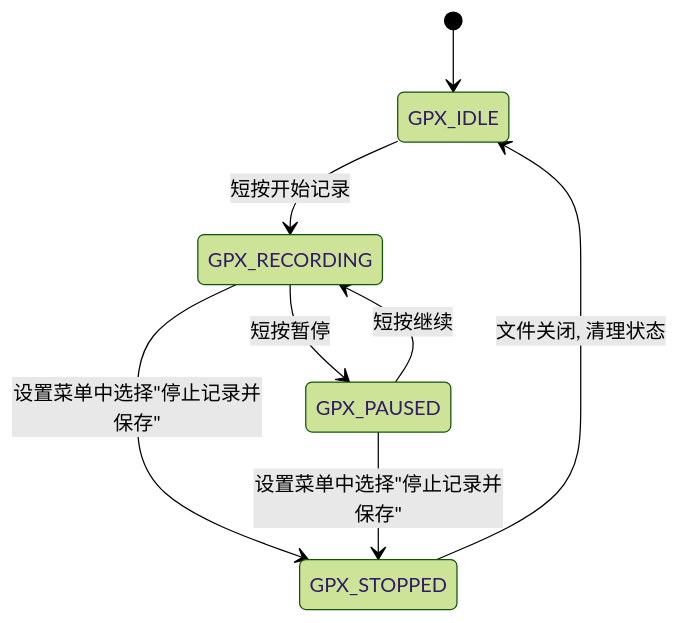
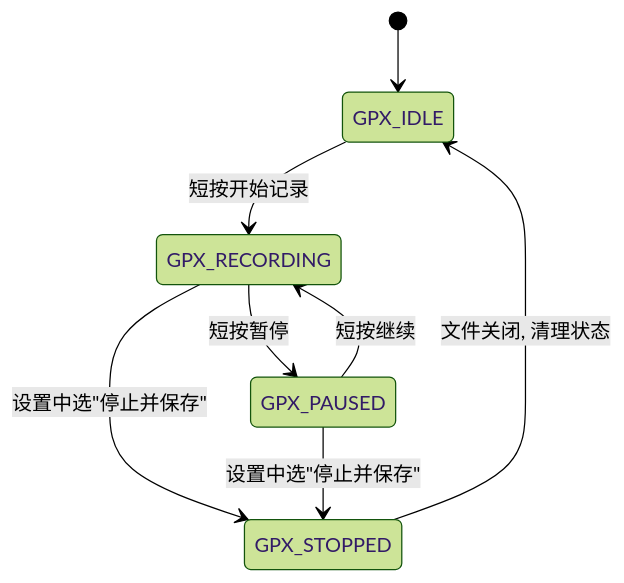
The second of 5 diagrams in README.md (Tyrael0sun/ESP32_S3-GPS-9axis_SENSOR), drawn with Mermaid (forest theme) before and after one commit. The commit also changed other lines of this file, not shown here.

````diff
--- a/README.md
+++ b/README.md
@@ -966,13 +1164,13 @@
 ```mermaid
 stateDiagram-v2
     [*] --> GPX_IDLE
 
     GPX_IDLE --> GPX_RECORDING: 短按开始记录
     GPX_RECORDING --> GPX_PAUSED:  短按暂停
     GPX_PAUSED --> GPX_RECORDING:  短按继续
 
-    GPX_RECORDING --> GPX_STOPPED: 设置菜单中选择"停止记录并保存"
-    GPX_PAUSED --> GPX_STOPPED:    设置菜单中选择"停止记录并保存"
+    GPX_RECORDING --> GPX_STOPPED: 设置中选"停止并保存"
+    GPX_PAUSED --> GPX_STOPPED:    设置中选"停止并保存"
 
     GPX_STOPPED --> GPX_IDLE: 文件关闭, 清理状态
 ```
````
